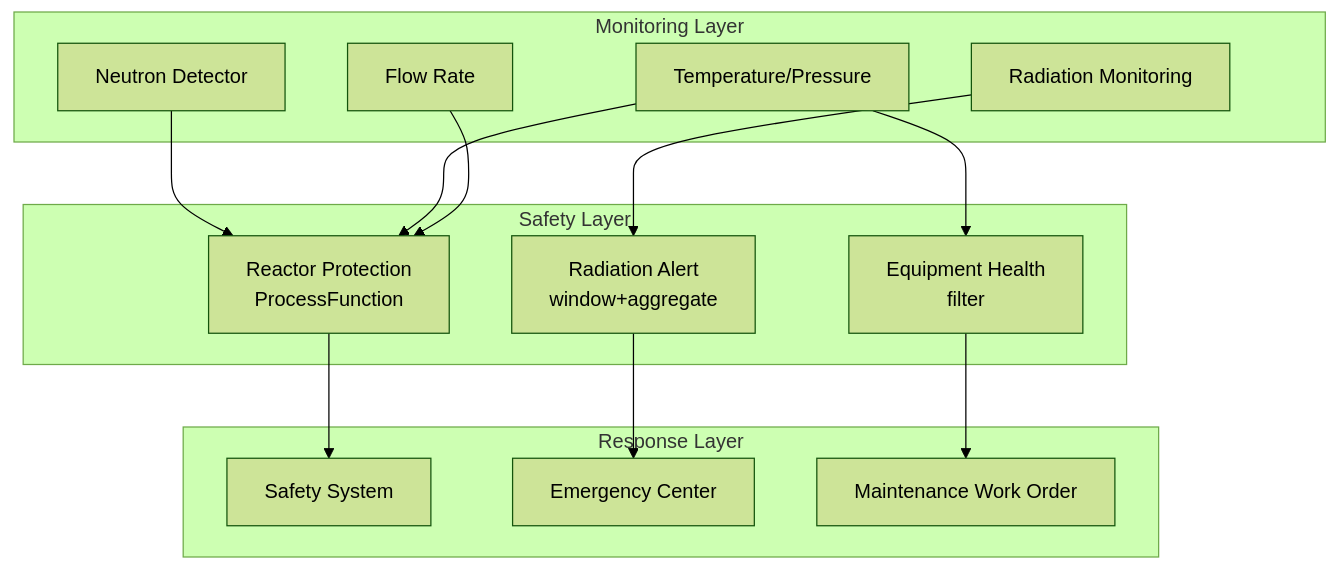
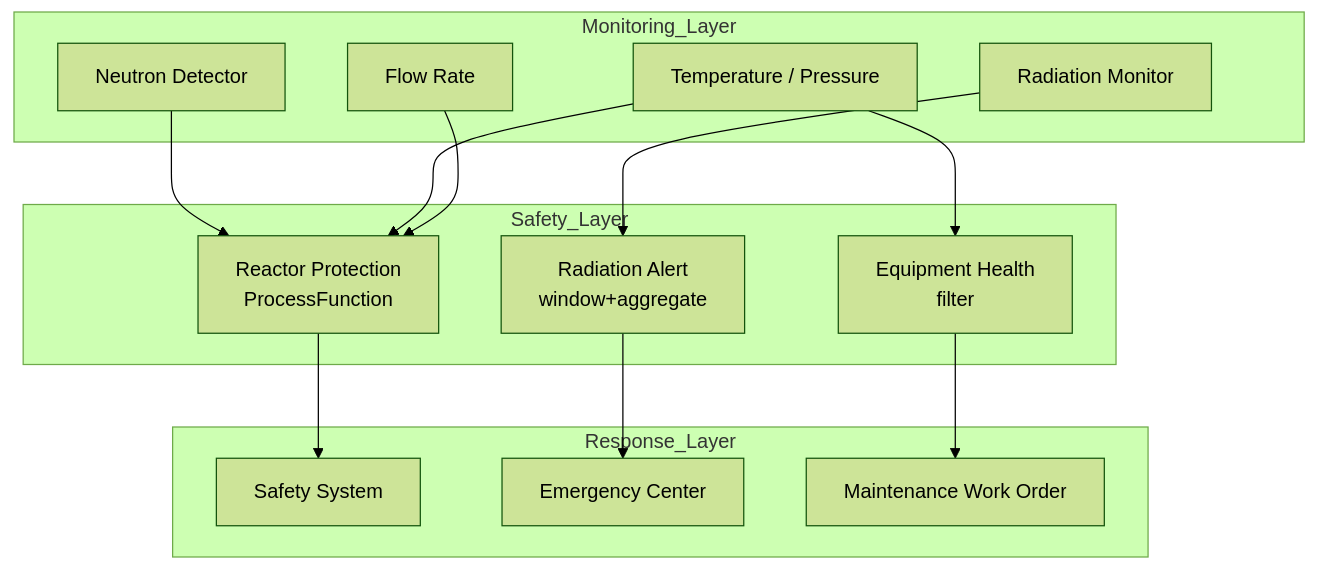
The diagram in en/realtime-nuclear-power-monitoring-case-study.md (AdaMartin18010/AnalysisDataFlow), drawn with Mermaid (forest theme) before and after one commit. The commit also changed other lines of this file and 37 other files, not shown here.

````diff
--- a/en/realtime-nuclear-power-monitoring-case-study.md
+++ b/en/realtime-nuclear-power-monitoring-case-study.md
@@ -253,27 +251,27 @@
 ```mermaid
 graph TB
-    subgraph MonitoringLayer["Monitoring Layer"]
+    subgraph Monitoring_Layer
         S1[Neutron Detector]
-        S2[Radiation Monitoring]
-        S3[Temperature/Pressure]
+        S2[Radiation Monitor]
+        S3[Temperature / Pressure]
         S4[Flow Rate]
     end
     
-    subgraph SafetyLayer["Safety Layer"]
+    subgraph Safety_Layer
         P1[Reactor Protection<br/>ProcessFunction]
         P2[Radiation Alert<br/>window+aggregate]
         P3[Equipment Health<br/>filter]
     end
     
-    subgraph ResponseLayer["Response Layer"]
+    subgraph Response_Layer
         A1[Safety System]
         A2[Emergency Center]
         A3[Maintenance Work Order]
     end
     
     S1 --> P1 --> A1
     S2 --> P2 --> A2
     S3 --> P1
     S4 --> P1
     S3 --> P3 --> A3
 ```
````
